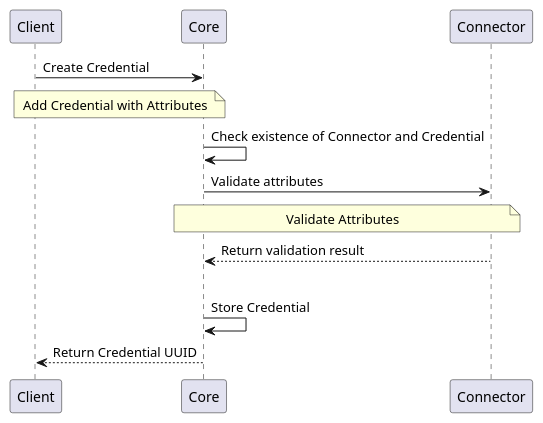
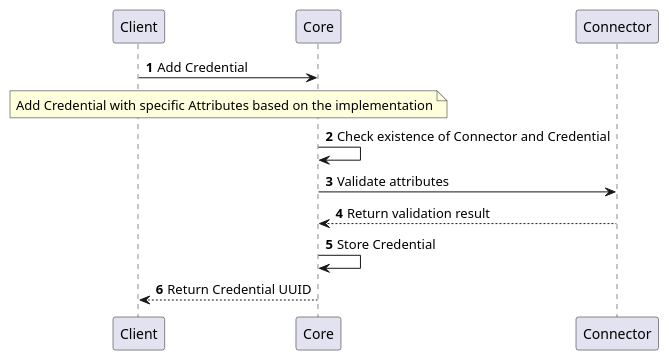
The first of 5 diagrams in docs/12-connectors/05-description/20-credential-provider.md (CZERTAINLY/CZERTAINLY-Documentation), drawn with PlantUML before and after one commit. The commit also changed other lines of this file and 5 other files, not shown here.

````diff
--- a/docs/12-connectors/05-description/20-credential-provider.md
+++ b/docs/12-connectors/05-description/20-credential-provider.md
@@ -22,15 +21,13 @@
 ```plantuml
     @startuml
+    autonumber
     skinparam topurl https://docs.czertainly.com/api/
-
-        Client->Core [[core-credential/#tag/Credential-Management-API/operation/createCredential]]: Create Credential
-        Note over Client,Core: Add Credential with Attributes
+        Client->Core [[core-credential/#tag/Credential-Management-API/operation/createCredential]]: Add Credential
+        Note over Client,Core: Add Credential with specific Attributes based on the implementation
         Core->Core: Check existence of Connector and Credential
         Core->Connector [[connector-credential-provider/#tag/Attributes-API/operation/validateAttributes]]: Validate attributes
-        Note over Core,Connector: Validate Attributes
         Connector-->Core: Return validation result
-        |||
         Core->Core: Store Credential
         Core-->Client: Return Credential UUID
     @enduml
 ```
````
